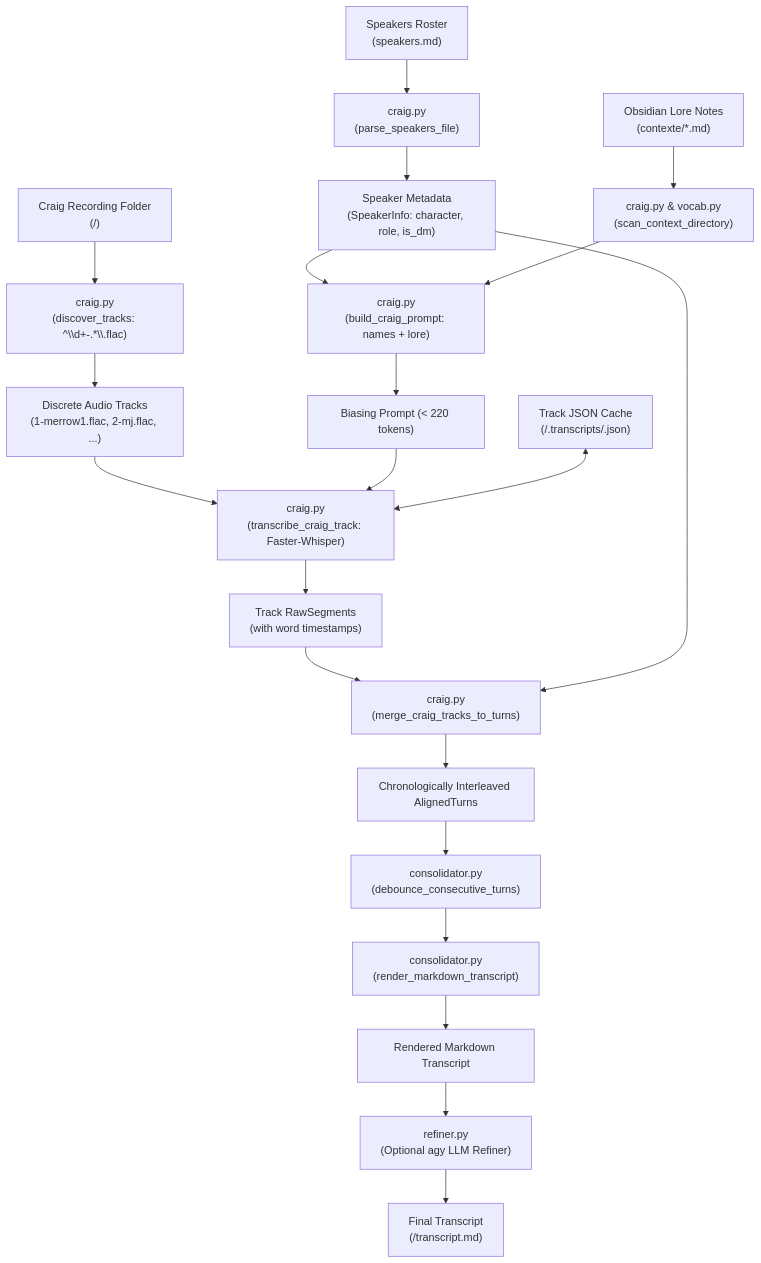
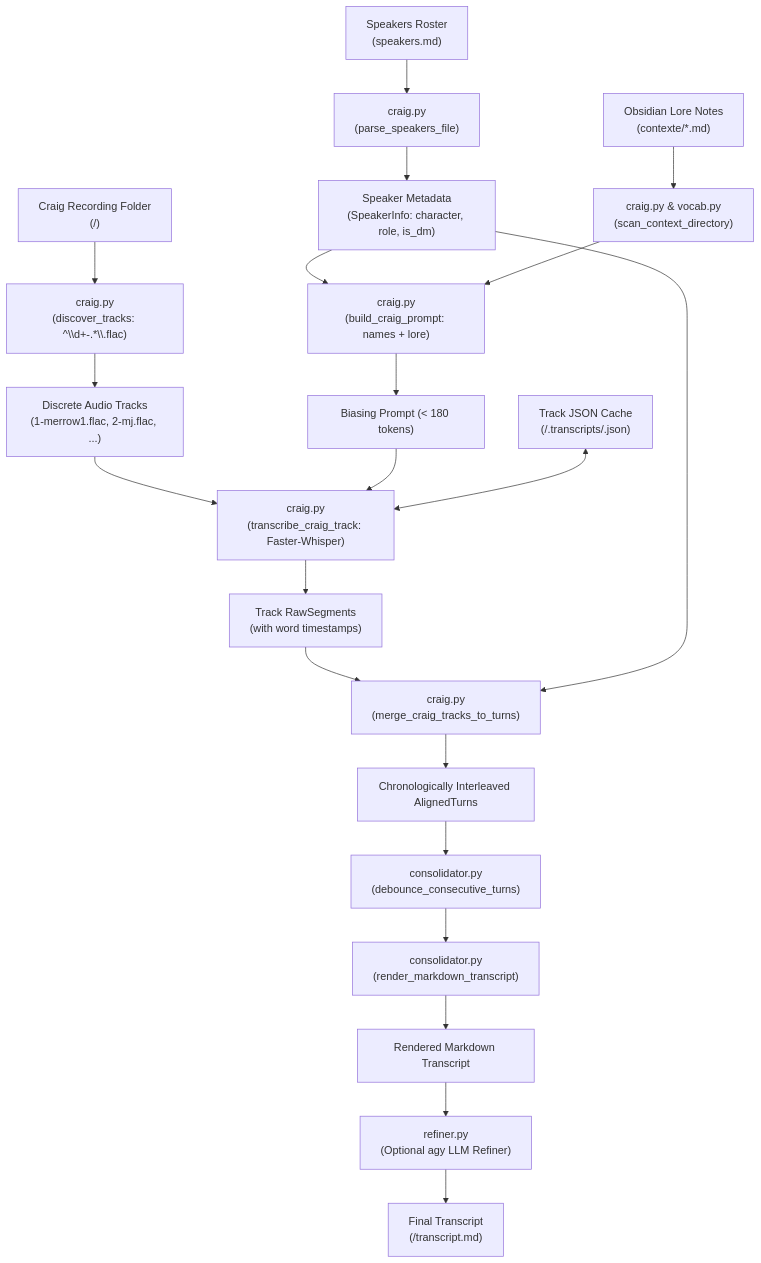
One commit to ynsta/a2ts changed the second of 2 diagrams in docs/design.md. Above: the diagram before and after it, drawn with Mermaid. The commit also changed other lines of this file and 9 other files, not shown here.

Commit message:
fix(vocab): sanitize prompt control tokens and standardize 180-token budget

````diff
--- a/docs/design.md
+++ b/docs/design.md
@@ -49,29 +49,29 @@
 ```mermaid
 flowchart TD
     RecordingDir["Craig Recording Folder\n(<recording_dir>/)"] --> Discovery["craig.py\n(discover_tracks: ^\\d+-.*\\.flac)"]
     Discovery --> Tracks["Discrete Audio Tracks\n(1-merrow1.flac, 2-mj.flac, ...)"]
     
     SpeakersRoster["Speakers Roster\n(speakers.md)"] --> RosterParser["craig.py\n(parse_speakers_file)"]
     RosterParser --> SpeakerMetadata["Speaker Metadata\n(SpeakerInfo: character, role, is_dm)"]
     
     LoreVault["Obsidian Lore Notes\n(contexte/*.md)"] --> LoreScanner["craig.py & vocab.py\n(scan_context_directory)"]
     SpeakerMetadata --> CraigPromptBuilder["craig.py\n(build_craig_prompt: names + lore)"]
     LoreScanner --> CraigPromptBuilder
-    CraigPromptBuilder --> CraigPrompt["Biasing Prompt (< 220 tokens)"]
+    CraigPromptBuilder --> CraigPrompt["Biasing Prompt (< 180 tokens)"]
     
     Tracks --> TranscribeTrack["craig.py\n(transcribe_craig_track: Faster-Whisper)"]
     CraigPrompt --> TranscribeTrack
     TrackCache["Track JSON Cache\n(<recording_dir>/.transcripts/<track>.json)"] <--> TranscribeTrack
     
     TranscribeTrack --> RawSegments["Track RawSegments\n(with word timestamps)"]
     RawSegments --> MergeTurns["craig.py\n(merge_craig_tracks_to_turns)"]
     SpeakerMetadata --> MergeTurns
     MergeTurns --> AlignedTurns["Chronologically Interleaved AlignedTurns"]
     
     AlignedTurns --> Debounce["consolidator.py\n(debounce_consecutive_turns)"]
     Debounce --> Render["consolidator.py\n(render_markdown_transcript)"]
     Render --> RawMarkdown["Rendered Markdown Transcript"]
     
     RawMarkdown --> Refiner["refiner.py\n(Optional agy LLM Refiner)"]
     Refiner --> FinalMD["Final Transcript\n(<recording_dir>/transcript.md)"]
 ```
````
